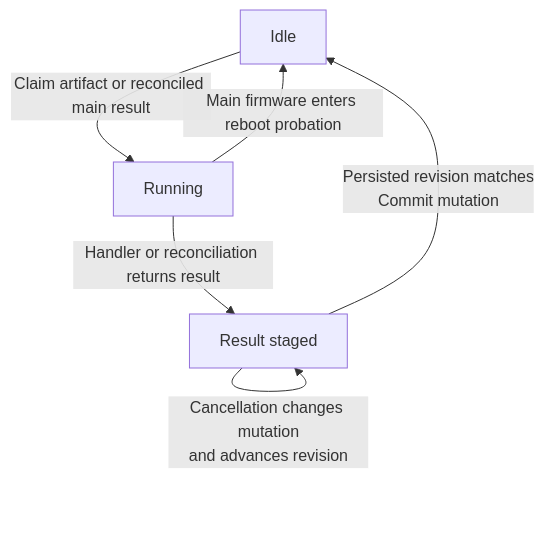
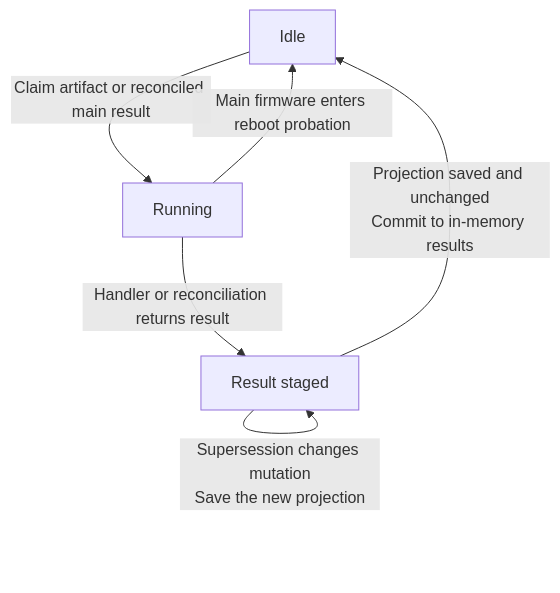
Before and after one commit to spotflow-io/device-sdk: the tenth of 11 diagrams in zephyr/docs/ota.md, drawn with Mermaid. The commit also changed other lines of this file, not shown here.

````diff
--- a/zephyr/docs/ota.md
+++ b/zephyr/docs/ota.md
@@ -508,13 +552,13 @@
 ```mermaid
 flowchart TD
     idle["Idle"]
     running["Running"]
     staged["Result staged"]
 
     idle -->|"Claim artifact or reconciled main result"| running
     running -->|"Handler or reconciliation returns result"| staged
     running -->|"Main firmware enters reboot probation"| idle
-    staged -->|"Persisted revision matches<br/>Commit mutation"| idle
+    staged -->|"Projection saved and unchanged<br/>Commit to in-memory results"| idle
     staged -->|"Transient storage failure<br/>Retry"| staged
-    staged -->|"Cancellation changes mutation<br/>and advances revision"| staged
+    staged -->|"Supersession changes mutation<br/>Save the new projection"| staged
 ```
````
